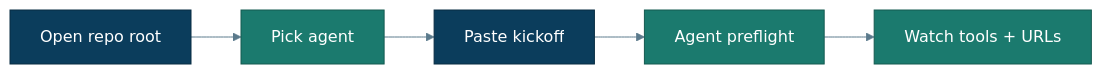
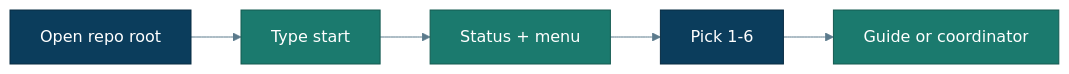
The diagram in docs/agent-setup.md (Jericho2010/edwmigration), drawn with Mermaid before and after one commit. The commit also changed other lines of this file and 58 other files, not shown here.

````diff
--- a/docs/agent-setup.md
+++ b/docs/agent-setup.md
@@ -33,12 +33,12 @@
 ```mermaid
 %%{init: {"theme":"base","themeVariables":{"primaryColor":"#E8F1F8","primaryTextColor":"#0B3D5C","primaryBorderColor":"#0B3D5C","lineColor":"#5B7A8C","secondaryColor":"#E6F4F1","tertiaryColor":"#F7F3EA","background":"#FFFFFF","mainBkg":"#E8F1F8","clusterBkg":"#F7FAFC","clusterBorder":"#5B7A8C","titleColor":"#0B3D5C","edgeLabelBackground":"#FFFFFF"}}}%%
 flowchart LR
-  Open[Open repo root] --> Pick[Pick agent]
-  Pick --> Paste[Paste kickoff]
-  Paste --> Pre[Agent preflight]
-  Pre --> Watch[Watch tools + URLs]
+  Open[Open repo root] --> Start[Type start]
+  Start --> Menu[Status + menu]
+  Menu --> Choose[Pick 1-6]
+  Choose --> Work[Guide or coordinator]
   classDef user fill:#0B3D5C,stroke:#082C43,color:#fff
   classDef agent fill:#1B7A6E,stroke:#145A51,color:#fff
-  class Open,Paste user
-  class Pick,Pre,Watch agent
+  class Open,Choose user
+  class Start,Menu,Work agent
 ```
````
